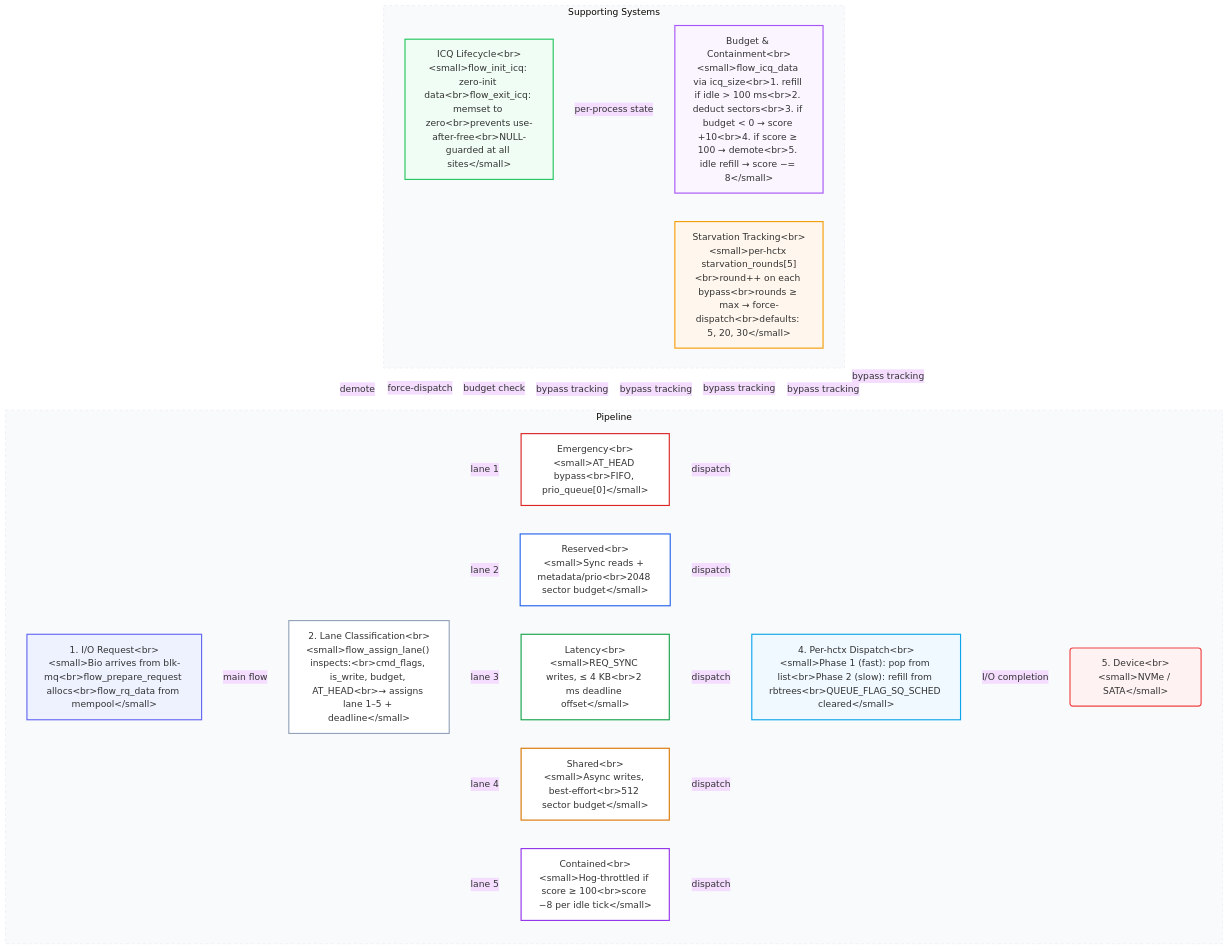
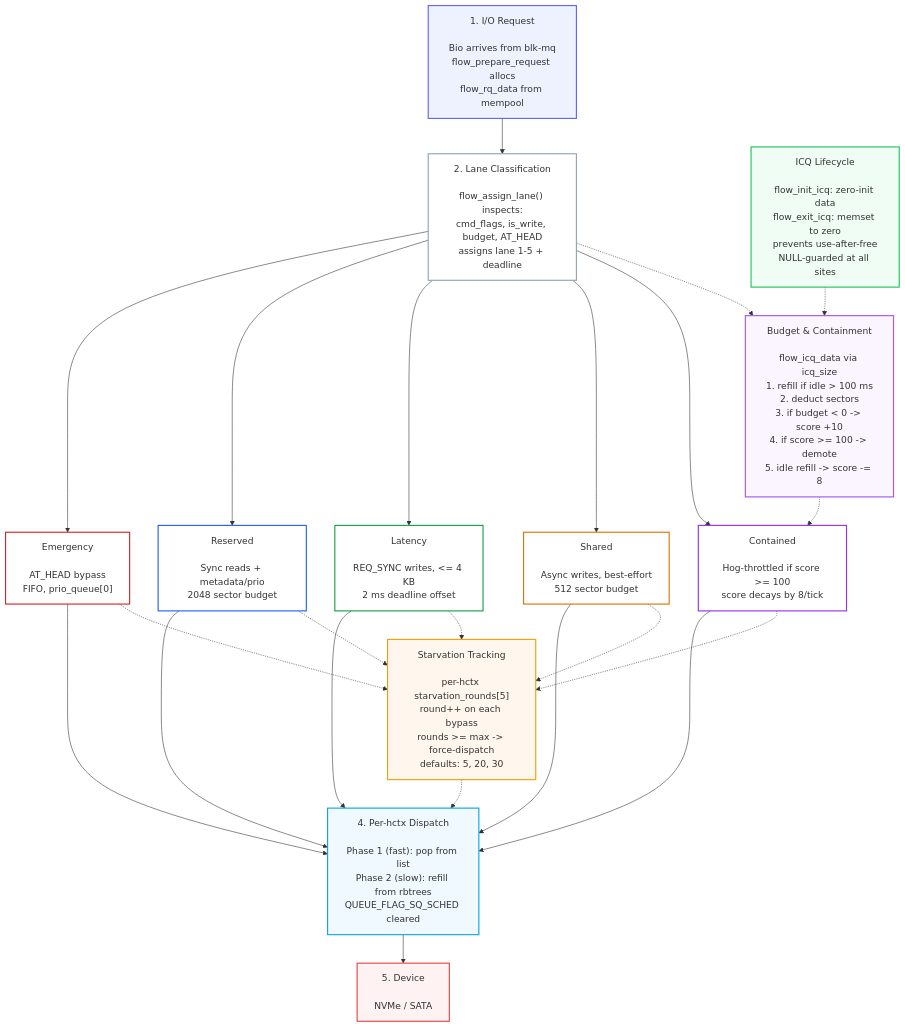
The diagram in README.md (galpt/flow-iosched), drawn with Mermaid before and after one commit.

Commit message:
Simplify Mermaid diagram for GitHub compatibility
Remove %%{init}%% directive (sandboxed by GitHub's Mermaid renderer)
and subgraphs (direction LR inside flowchart TD has rendering bugs
on GitHub).

Use a flat flowchart TB layout with 12 nodes, solid arrows for main
flow and dashed arrows (standard -.-> syntax) for feedback paths.
Node labels use plain newlines instead of HTML tags for maximum
Mermaid compatibility on GitHub.

````diff
--- a/README.md
+++ b/README.md
@@ -28,61 +28,108 @@
 ```mermaid
-%%{init: {'theme': 'base', 'themeVariables': {'background': 'transparent'}}}%%
-flowchart TD
-    subgraph Pipeline["Pipeline"]
-        direction LR
-        A["1. I/O Request&lt;br&gt;&lt;small&gt;Bio arrives from blk-mq&lt;br&gt;flow_prepare_request allocs&lt;br&gt;flow_rq_data from mempool&lt;/small&gt;"]
-        B["2. Lane Classification&lt;br&gt;&lt;small&gt;flow_assign_lane() inspects:&lt;br&gt;cmd_flags, is_write, budget, AT_HEAD&lt;br&gt;→ assigns lane 1–5 + deadline&lt;/small&gt;"]
-        C["Emergency&lt;br&gt;&lt;small&gt;AT_HEAD bypass&lt;br&gt;FIFO, prio_queue[0]&lt;/small&gt;"]
-        D["Reserved&lt;br&gt;&lt;small&gt;Sync reads + metadata/prio&lt;br&gt;2048 sector budget&lt;/small&gt;"]
-        E["Latency&lt;br&gt;&lt;small&gt;REQ_SYNC writes, ≤ 4 KB&lt;br&gt;2 ms deadline offset&lt;/small&gt;"]
-        F["Shared&lt;br&gt;&lt;small&gt;Async writes, best-effort&lt;br&gt;512 sector budget&lt;/small&gt;"]
-        G["Contained&lt;br&gt;&lt;small&gt;Hog-throttled if score ≥ 100&lt;br&gt;score −8 per idle tick&lt;/small&gt;"]
-        H["4. Per-hctx Dispatch&lt;br&gt;&lt;small&gt;Phase 1 (fast): pop from list&lt;br&gt;Phase 2 (slow): refill from rbtrees&lt;br&gt;QUEUE_FLAG_SQ_SCHED cleared&lt;/small&gt;"]
-        I("5. Device&lt;br&gt;&lt;small&gt;NVMe / SATA&lt;/small&gt;")
+flowchart TB
+    A1["1. I/O Request
 
-        A -->|main flow| B
-        B -->|lane 1| C
-        B -->|lane 2| D
-        B -->|lane 3| E
-        B -->|lane 4| F
-        B -->|lane 5| G
-        C -->|dispatch| H
-        D -->|dispatch| H
-        E -->|dispatch| H
-        F -->|dispatch| H
-        G -->|dispatch| H
-        H -->|I/O completion| I
-    end
+Bio arrives from blk-mq
+flow_prepare_request allocs
+flow_rq_data from mempool"]
 
-    subgraph Support["Supporting Systems"]
-        direction LR
-        J["Budget &amp; Containment&lt;br&gt;&lt;small&gt;flow_icq_data via icq_size&lt;br&gt;1. refill if idle &gt; 100 ms&lt;br&gt;2. deduct sectors&lt;br&gt;3. if budget &lt; 0 → score +10&lt;br&gt;4. if score ≥ 100 → demote&lt;br&gt;5. idle refill → score −= 8&lt;/small&gt;"]
-        K["Starvation Tracking&lt;br&gt;&lt;small&gt;per-hctx starvation_rounds[5]&lt;br&gt;round++ on each bypass&lt;br&gt;rounds ≥ max → force-dispatch&lt;br&gt;defaults: 5, 20, 30&lt;/small&gt;"]
-        L["ICQ Lifecycle&lt;br&gt;&lt;small&gt;flow_init_icq: zero-init data&lt;br&gt;flow_exit_icq: memset to zero&lt;br&gt;prevents use-after-free&lt;br&gt;NULL-guarded at all sites&lt;/small&gt;"]
-    end
+    B1["2. Lane Classification
 
-    B -.->|budget check| J
-    J -.->|demote| G
-    C -.->|bypass tracking| K
-    D -.->|bypass tracking| K
-    E -.->|bypass tracking| K
-    F -.->|bypass tracking| K
-    G -.->|bypass tracking| K
-    K -.->|force-dispatch| H
-    L -.->|per-process state| J
+flow_assign_lane() inspects:
+cmd_flags, is_write, budget, AT_HEAD
+assigns lane 1-5 + deadline"]
 
-    style A fill:#eef2ff,stroke:#6366f1,stroke-width:2
-    style B fill:#fff,stroke:#94a3b8,stroke-width:2
-    style C fill:#fff,stroke:#dc2626,stroke-width:2
-    style D fill:#fff,stroke:#2563eb,stroke-width:2
-    style E fill:#fff,stroke:#16a34a,stroke-width:2
-    style F fill:#fff,stroke:#d97706,stroke-width:2
-    style G fill:#fff,stroke:#9333ea,stroke-width:2
-    style H fill:#f0f9ff,stroke:#0ea5e9,stroke-width:2
-    style I fill:#fef2f2,stroke:#ef4444,stroke-width:2
-    style J fill:#faf5ff,stroke:#a855f7,stroke-width:2
-    style K fill:#fff7ed,stroke:#f59e0b,stroke-width:2
-    style L fill:#f0fdf4,stroke:#22c55e,stroke-width:2
-    style Pipeline fill:#f8fafc,stroke:#e2e8f0,stroke-dasharray:5
-    style Support fill:#f8fafc,stroke:#e2e8f0,stroke-dasharray:5
+    C1["Emergency
+
+AT_HEAD bypass
+FIFO, prio_queue[0]"]
+
+    D1["Reserved
+
+Sync reads + metadata/prio
+2048 sector budget"]
+
+    E1["Latency
+
+REQ_SYNC writes, <= 4 KB
+2 ms deadline offset"]
+
+    F1["Shared
+
+Async writes, best-effort
+512 sector budget"]
+
+    G1["Contained
+
+Hog-throttled if score >= 100
+score decays by 8/tick"]
+
+    H1["4. Per-hctx Dispatch
+
+Phase 1 (fast): pop from list
+Phase 2 (slow): refill from rbtrees
+QUEUE_FLAG_SQ_SCHED cleared"]
+
+    I1["5. Device
+
+NVMe / SATA"]
+
+    J1["Budget & Containment
+
+flow_icq_data via icq_size
+1. refill if idle > 100 ms
+2. deduct sectors
+3. if budget < 0 -> score +10
+4. if score >= 100 -> demote
+5. idle refill -> score -= 8"]
+
+    K1["Starvation Tracking
+
+per-hctx starvation_rounds[5]
+round++ on each bypass
+rounds >= max -> force-dispatch
+defaults: 5, 20, 30"]
+
+    L1["ICQ Lifecycle
+
+flow_init_icq: zero-init data
+flow_exit_icq: memset to zero
+prevents use-after-free
+NULL-guarded at all sites"]
+
+    A1 --> B1
+    B1 --> C1
+    B1 --> D1
+    B1 --> E1
+    B1 --> F1
+    B1 --> G1
+    C1 --> H1
+    D1 --> H1
+    E1 --> H1
+    F1 --> H1
+    G1 --> H1
+    H1 --> I1
+
+    B1 -.-> J1
+    J1 -.-> G1
+    C1 -.-> K1
+    D1 -.-> K1
+    E1 -.-> K1
+    F1 -.-> K1
+    G1 -.-> K1
+    K1 -.-> H1
+    L1 -.-> J1
+
+    style A1 fill:#eef2ff,stroke:#6366f1,stroke-width:2
+    style B1 fill:#fff,stroke:#94a3b8,stroke-width:2
+    style C1 fill:#fff,stroke:#dc2626,stroke-width:2
+    style D1 fill:#fff,stroke:#2563eb,stroke-width:2
+    style E1 fill:#fff,stroke:#16a34a,stroke-width:2
+    style F1 fill:#fff,stroke:#d97706,stroke-width:2
+    style G1 fill:#fff,stroke:#9333ea,stroke-width:2
+    style H1 fill:#f0f9ff,stroke:#0ea5e9,stroke-width:2
+    style I1 fill:#fef2f2,stroke:#ef4444,stroke-width:2
+    style J1 fill:#faf5ff,stroke:#a855f7,stroke-width:2
+    style K1 fill:#fff7ed,stroke:#f59e0b,stroke-width:2
+    style L1 fill:#f0fdf4,stroke:#22c55e,stroke-width:2
 ```
````
